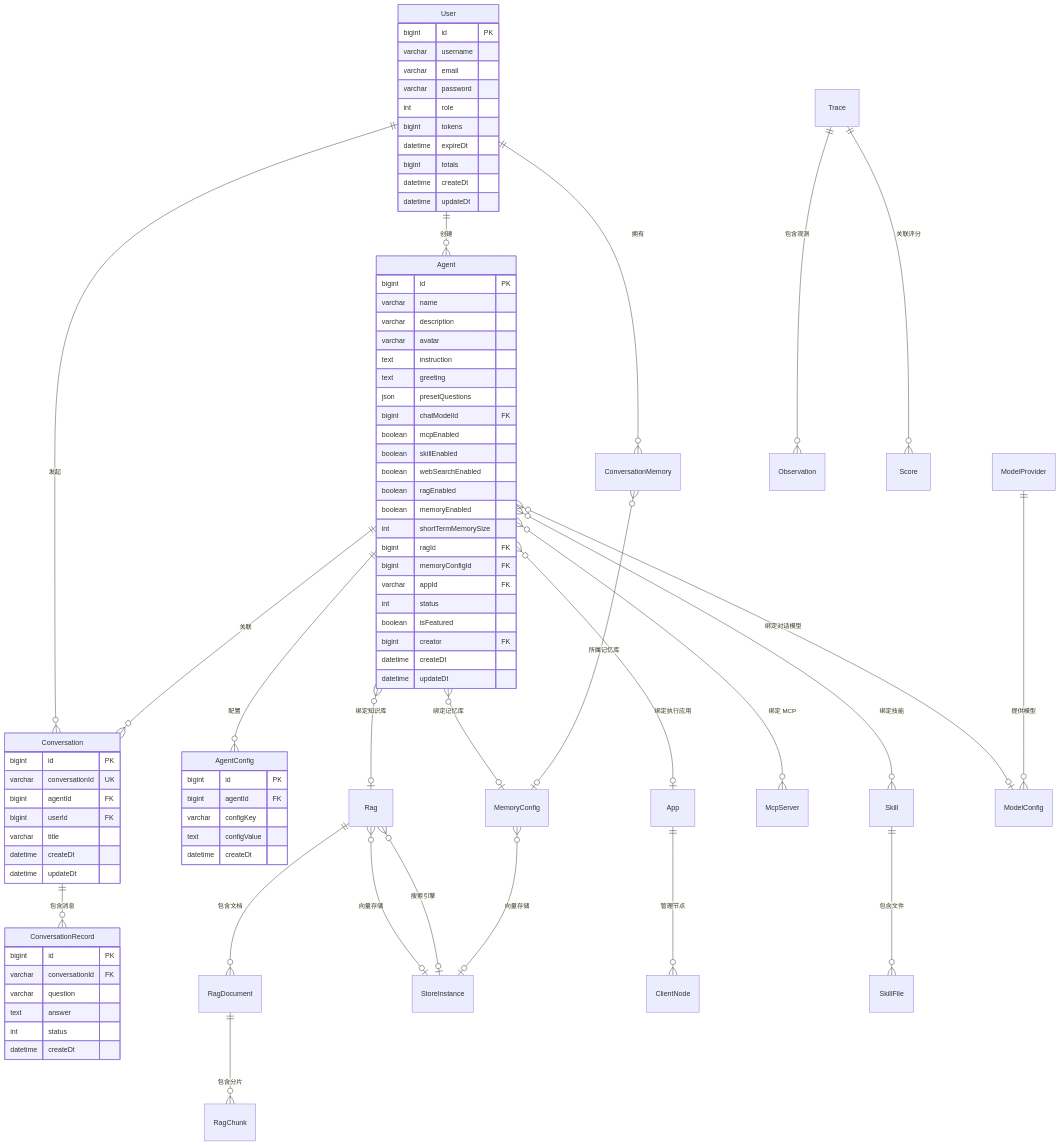
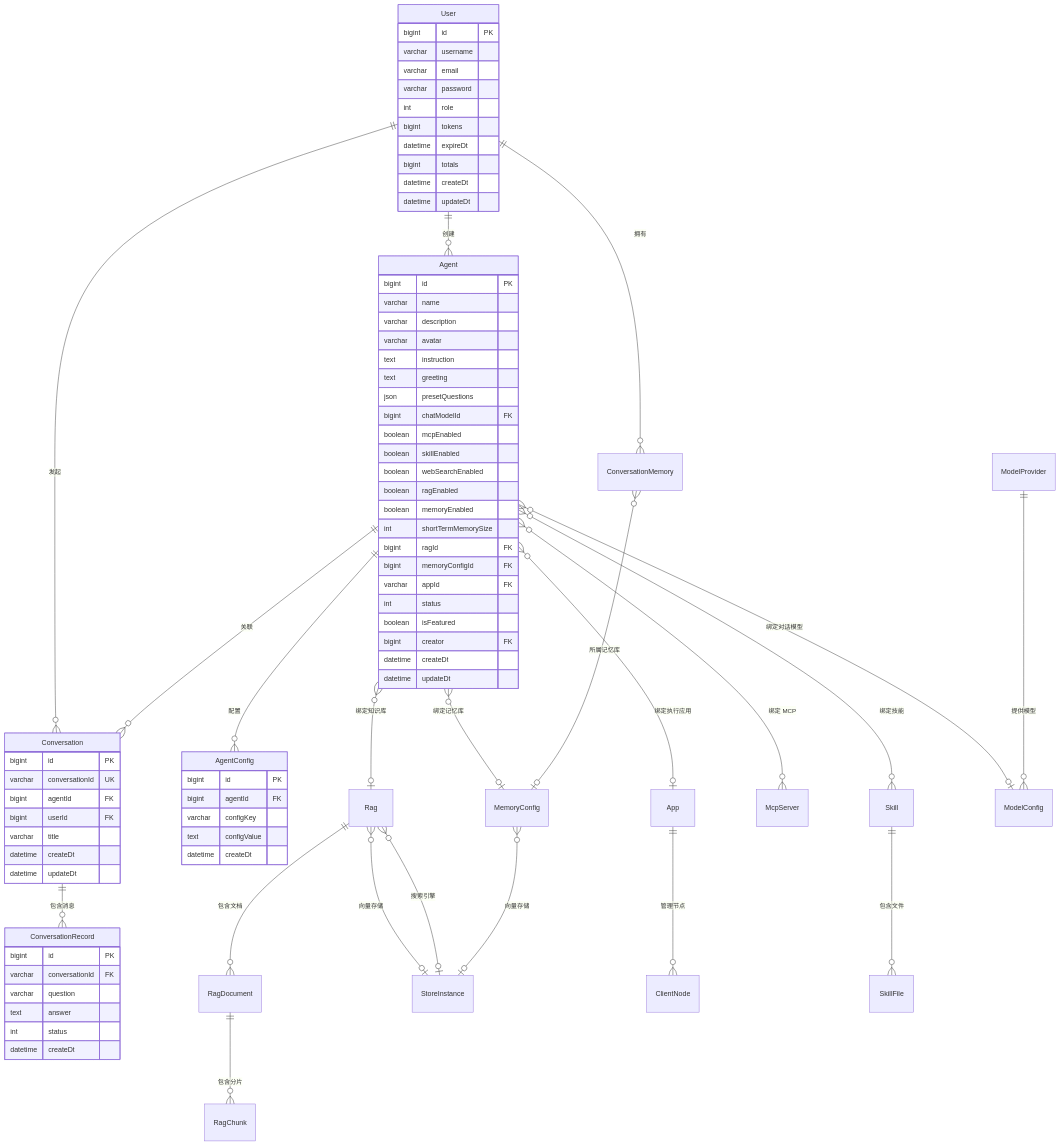
One commit to aizuda/snail-ai changed the first of 8 diagrams in docs/architecture/data-model.md. Above: the diagram before and after it, drawn with Mermaid. The commit also changed other lines of this file and 41 other files, not shown here.

```diff
--- a/docs/architecture/data-model.md
+++ b/docs/architecture/data-model.md
@@ -34,9 +34,6 @@
     ConversationMemory }o--o| MemoryConfig : "所属记忆库"
 
     App ||--o{ ClientNode : "管理节点"
-
-    Trace ||--o{ Observation : "包含观测"
-    Trace ||--o{ Score : "关联评分"
 
     Skill ||--o{ SkillFile : "包含文件"
 
```
